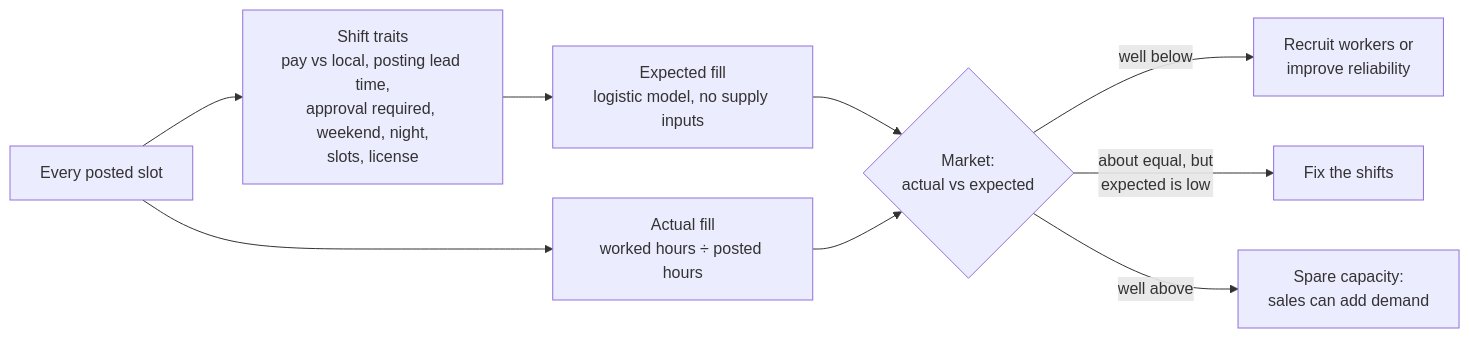
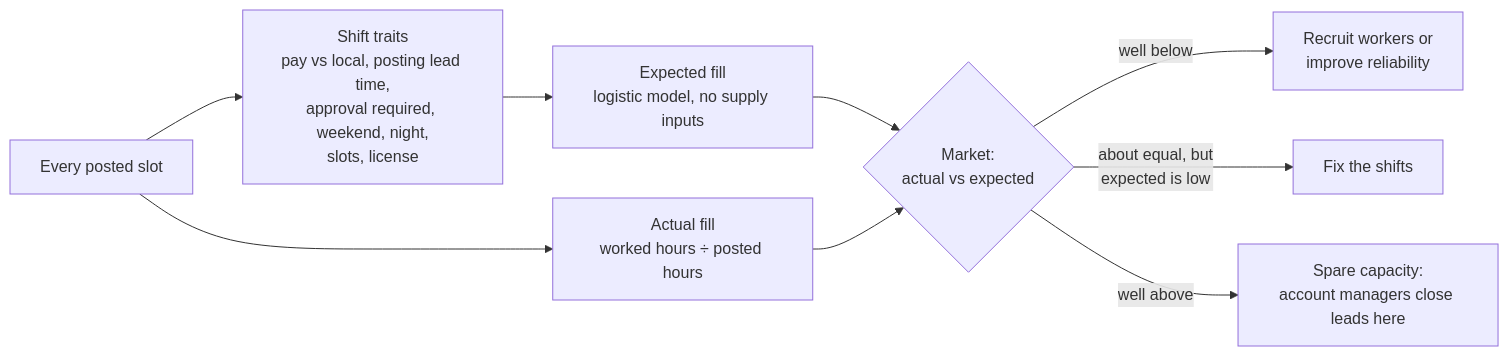
The diagram in README.md (josephfanpm/Marketplace-Demand-Supply), drawn with Mermaid before and after one commit. The commit also changed other lines of this file and 4 other files, not shown here.

Commit message:
Synthetic markets in every continental state, state map, spare-capacity action

````diff
--- a/README.md
+++ b/README.md
@@ -33,11 +33,11 @@
 ```mermaid
 flowchart LR
   A[Every posted slot] --> B[Shift traits<br/>pay vs local, posting lead time,<br/>approval required, weekend, night,<br/>slots, license]
   B --> C[Expected fill<br/>logistic model, no supply inputs]
   A --> D[Actual fill<br/>worked hours ÷ posted hours]
   C --> E{Market:<br/>actual vs expected}
   D --> E
   E -->|well below| F[Recruit workers or<br/>improve reliability]
   E -->|about equal, but<br/>expected is low| G[Fix the shifts]
-  E -->|well above| H[Spare capacity:<br/>sales can add demand]
+  E -->|well above| H[Spare capacity:<br/>account managers close leads here]
 ```
````
